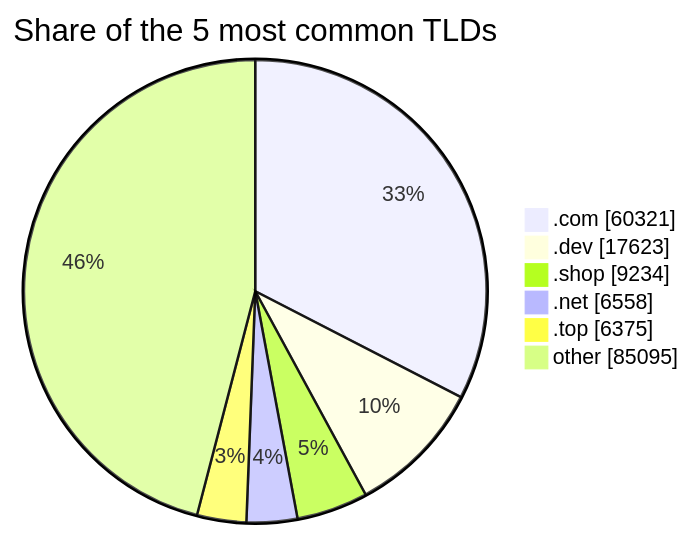
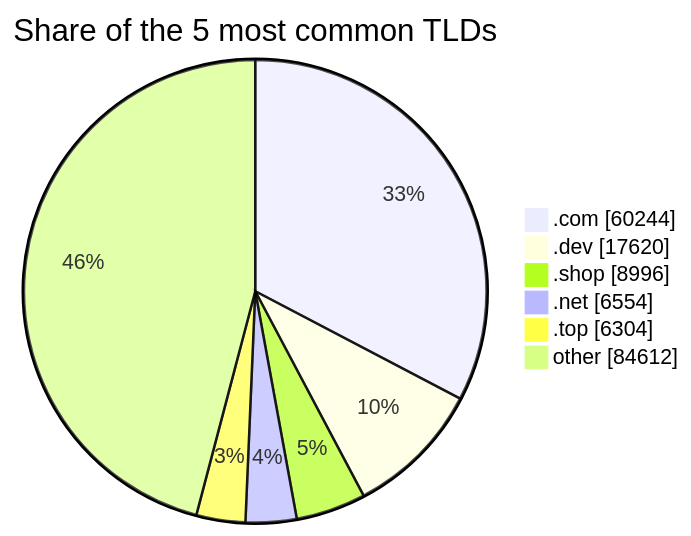
Before and after one commit to DNSBunker/CTI: the third of 3 diagrams in README.md, drawn with Mermaid. The commit also changed other lines of this file and 3 other files, not shown here.

````diff
--- a/README.md
+++ b/README.md
@@ -81,9 +81,9 @@
 ```mermaid
 pie showData title Share of the 5 most common TLDs
-    ".com" : 60321
-    ".dev" : 17623
-    ".shop" : 9234
-    ".net" : 6558
-    ".top" : 6375
-    "other" : 85095
+    ".com" : 60244
+    ".dev" : 17620
+    ".shop" : 8996
+    ".net" : 6554
+    ".top" : 6304
+    "other" : 84612
 ```
````
